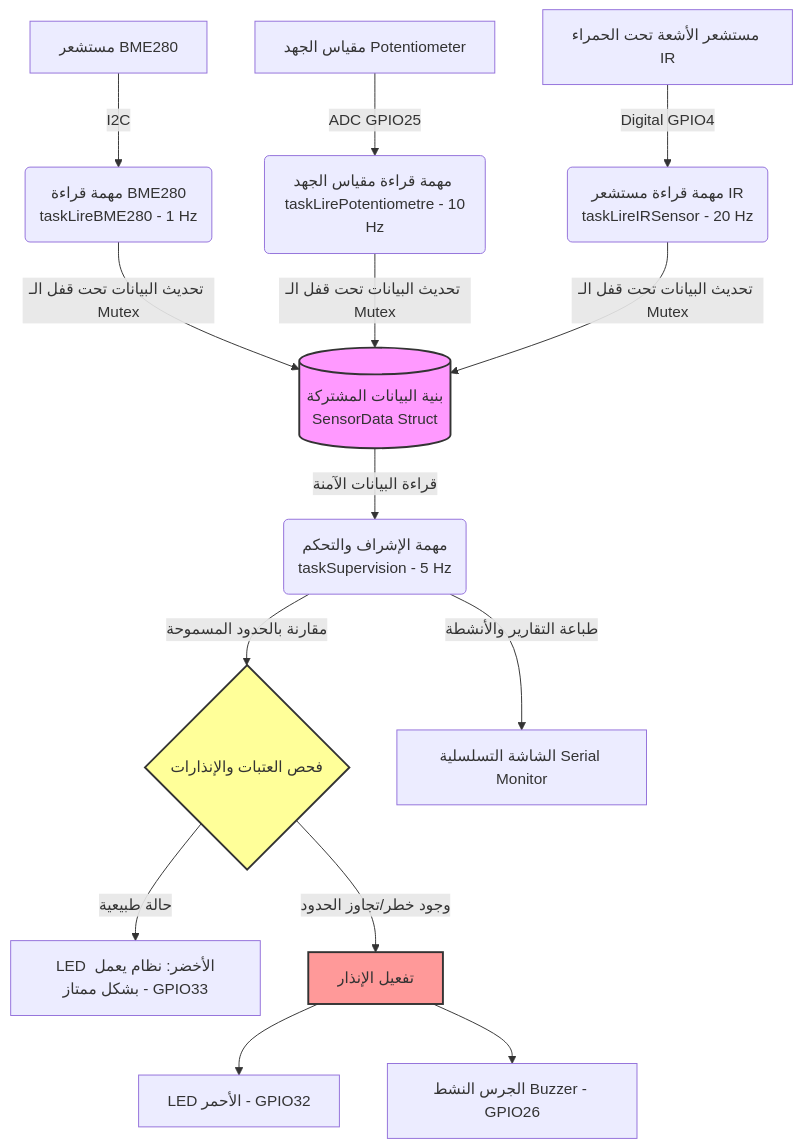
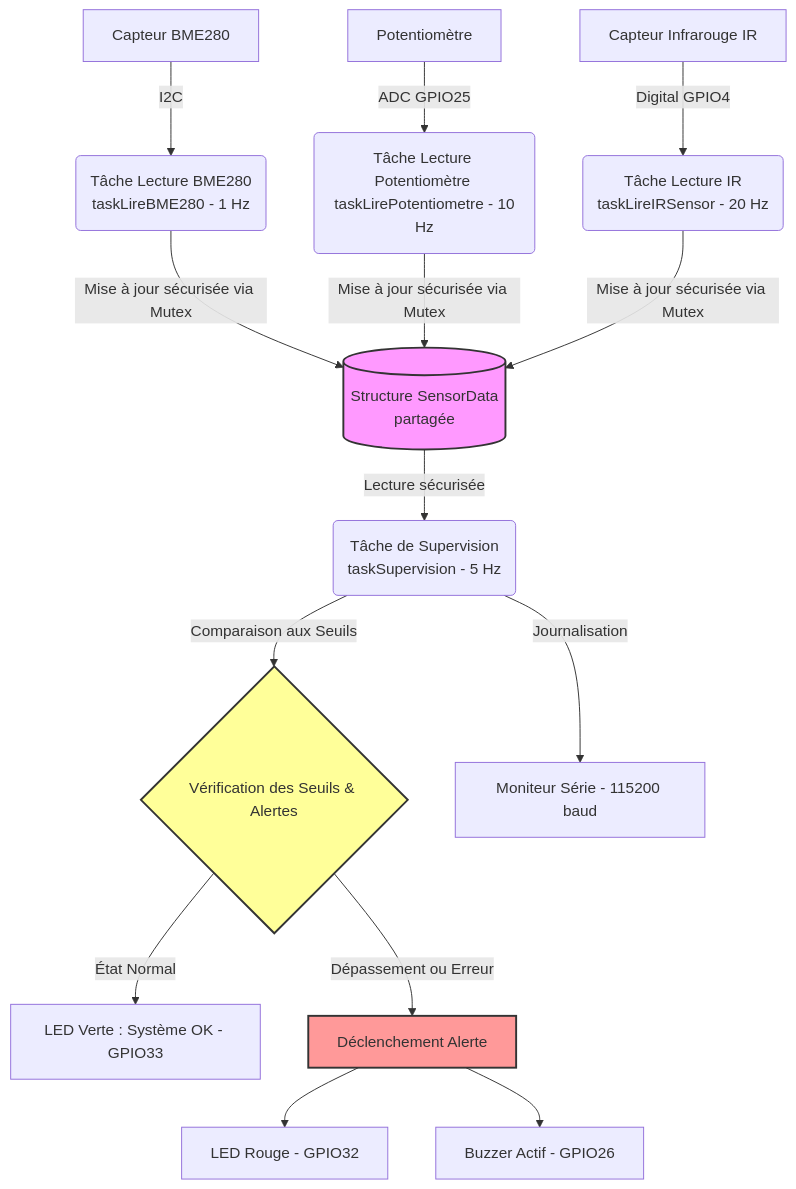
The diagram in Jour 3/README.md (hafidaso/Physical-AI---ABA-Fusion), drawn with Mermaid before and after one commit. The commit also changed other lines of this file, not shown here.

````diff
--- a/Jour 3/README.md
+++ b/Jour 3/README.md
@@ -16,28 +16,28 @@
 ```mermaid
 graph TD
-    %% Sensors
-    BME[مستشعر BME280] -->|I2C| T1(مهمة قراءة BME280 <br> taskLireBME280 - 1 Hz)
-    POT[مقياس الجهد Potentiometer] -->|ADC GPIO25| T2(مهمة قراءة مقياس الجهد <br> taskLirePotentiometre - 10 Hz)
-    IR[مستشعر الأشعة تحت الحمراء IR] -->|Digital GPIO4| T3(مهمة قراءة مستشعر IR <br> taskLireIRSensor - 20 Hz)
+    %% Capteurs
+    BME[Capteur BME280] -->|I2C| T1(Tâche Lecture BME280 <br> taskLireBME280 - 1 Hz)
+    POT[Potentiomètre] -->|ADC GPIO25| T2(Tâche Lecture Potentiomètre <br> taskLirePotentiometre - 10 Hz)
+    IR[Capteur Infrarouge IR] -->|Digital GPIO4| T3(Tâche Lecture IR <br> taskLireIRSensor - 20 Hz)
 
-    %% Shared Struct & Mutex
-    T1 -->|تحديث البيانات تحت قفل الـ Mutex| Data[(بنية البيانات المشتركة <br> SensorData Struct)]
-    T2 -->|تحديث البيانات تحت قفل الـ Mutex| Data
-    T3 -->|تحديث البيانات تحت قفل الـ Mutex| Data
+    %% Structure partagée & Mutex
+    T1 -->|Mise à jour sécurisée via Mutex| Data[(Structure SensorData <br> partagée)]
+    T2 -->|Mise à jour sécurisée via Mutex| Data
+    T3 -->|Mise à jour sécurisée via Mutex| Data
 
-    %% Supervision Task
-    Data -->|قراءة البيانات الآمنة| T4(مهمة الإشراف والتحكم <br> taskSupervision - 5 Hz)
+    %% Tâche Supervision
+    Data -->|Lecture sécurisée| T4(Tâche de Supervision <br> taskSupervision - 5 Hz)
 
-    %% Actuators & Outputs
-    T4 -->|مقارنة بالحدود المسموحة| Thresholds{فحص العتبات والإنذارات}
-    Thresholds -->|حالة طبيعية| LED_G[LED الأخضر: نظام يعمل بشكل ممتاز - GPIO33]
-    Thresholds -->|وجود خطر/تجاوز الحدود| Alert[تفعيل الإنذار]
-    Alert --> LED_R[LED الأحمر - GPIO32]
-    Alert --> BUZZ[الجرس النشط Buzzer - GPIO26]
-    T4 -->|طباعة التقارير والأنشطة| Serial[الشاشة التسلسلية Serial Monitor]
+    %% Actionneurs & Sorties
+    T4 -->|Comparaison aux Seuils| Thresholds{Vérification des Seuils & Alertes}
+    Thresholds -->|État Normal| LED_G[LED Verte : Système OK - GPIO33]
+    Thresholds -->|Dépassement ou Erreur| Alert[Déclenchement Alerte]
+    Alert --> LED_R[LED Rouge - GPIO32]
+    Alert --> BUZZ[Buzzer Actif - GPIO26]
+    T4 -->|Journalisation| Serial[Moniteur Série - 115200 baud]
 
-    %% Styling
+    %% Style
     style Data fill:#f9f,stroke:#333,stroke-width:2px
     style Thresholds fill:#ff9,stroke:#333,stroke-width:2px
     style Alert fill:#f99,stroke:#333,stroke-width:2px
 ```
````
